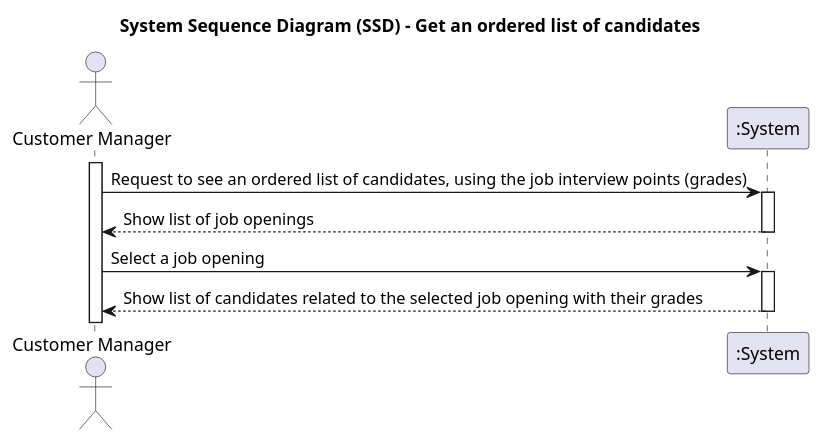
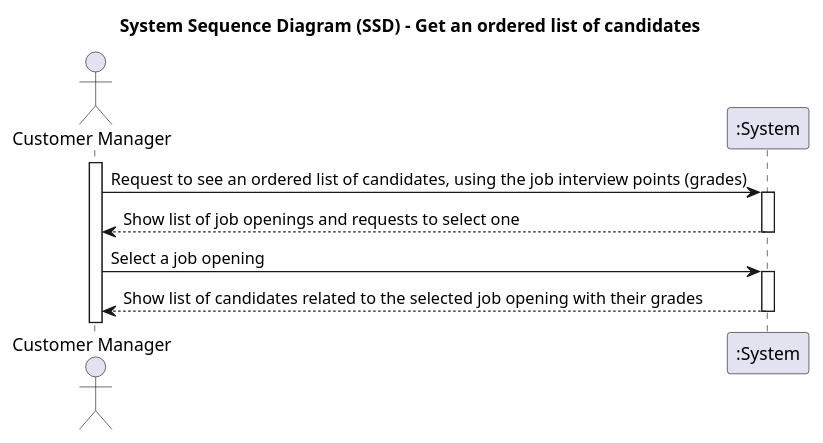
The diagram in docs/sprintC/1019/puml/1019-system-sequence-diagram.puml (marcoferreira37/Lapr4), drawn with PlantUML before and after one commit. The commit also changed 9 other files, not shown here.

```diff
--- a/docs/sprintC/1019/puml/1019-system-sequence-diagram.puml
+++ b/docs/sprintC/1019/puml/1019-system-sequence-diagram.puml
@@ -1,28 +1,28 @@
 @startuml
 'skinparam monochrome true
 'skinparam packageStyle rectangle
 'skinparam shadowing false
 
 title System Sequence Diagram (SSD) - Get an ordered list of candidates
 
 actor "Customer Manager" as Agent
 participant ":System" as System
 
 activate Agent
 
 Agent -> System : Request to see an ordered list of candidates, using the job interview points (grades)
 
 activate System
 
-System --> Agent: Show list of job openings
+System --> Agent: Show list of job openings and requests to select one
 deactivate
 
 Agent -> System : Select a job opening
 
 activate System
 
 System --> Agent : Show list of candidates related to the selected job opening with their grades
 deactivate
 
 
 @enduml
```
